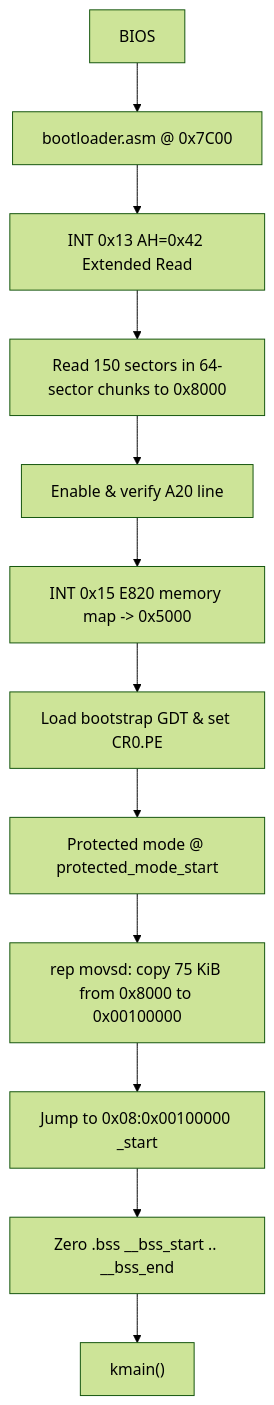
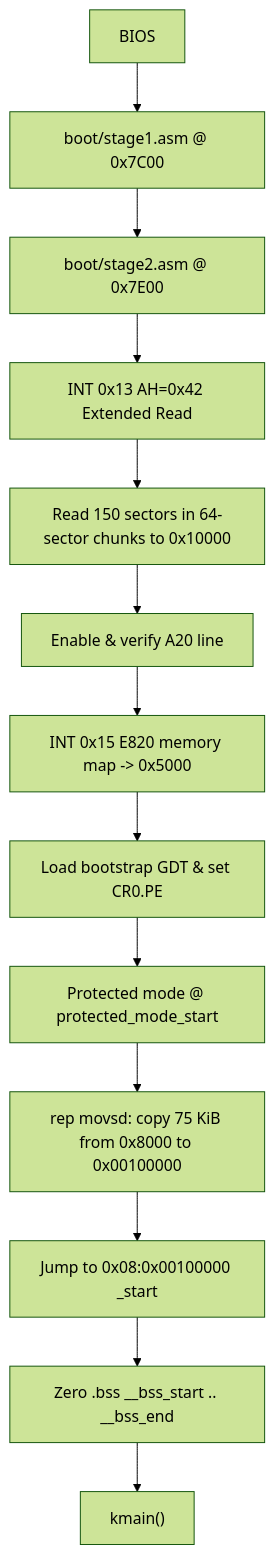
One commit to abhinavprakash-x/osdev changed the second of 2 diagrams in docs/architecture.md. Above: the diagram before and after it, drawn with Mermaid (forest theme). The commit also changed other lines of this file and 4 other files, not shown here.

````diff
--- a/docs/architecture.md
+++ b/docs/architecture.md
@@ -70,14 +73,15 @@
 ```mermaid
 flowchart TD
-    BIOS --> BOOT[bootloader.asm @ 0x7C00]
-    BOOT --> DISK[INT 0x13 AH=0x42 Extended Read]
-    DISK --> BUF[Read 150 sectors in 64-sector chunks to 0x8000]
+    BIOS --> BOOT[boot/stage1.asm @ 0x7C00]
+    BOOT --> BL[boot/stage2.asm @ 0x7E00]
+    BL --> DISK[INT 0x13 AH=0x42 Extended Read]
+    DISK --> BUF[Read 150 sectors in 64-sector chunks to 0x10000]
     BUF --> A20[Enable & verify A20 line]
     A20 --> E820[INT 0x15 E820 memory map -> 0x5000]
     E820 --> GDT0[Load bootstrap GDT & set CR0.PE]
     GDT0 --> PM[Protected mode @ protected_mode_start]
     PM --> COPY[rep movsd: copy 75 KiB from 0x8000 to 0x00100000]
     COPY --> ENTRY[Jump to 0x08:0x00100000 _start]
     ENTRY --> BSS[Zero .bss __bss_start .. __bss_end]
     BSS --> KMAIN["kmain()"]
 ```
````
